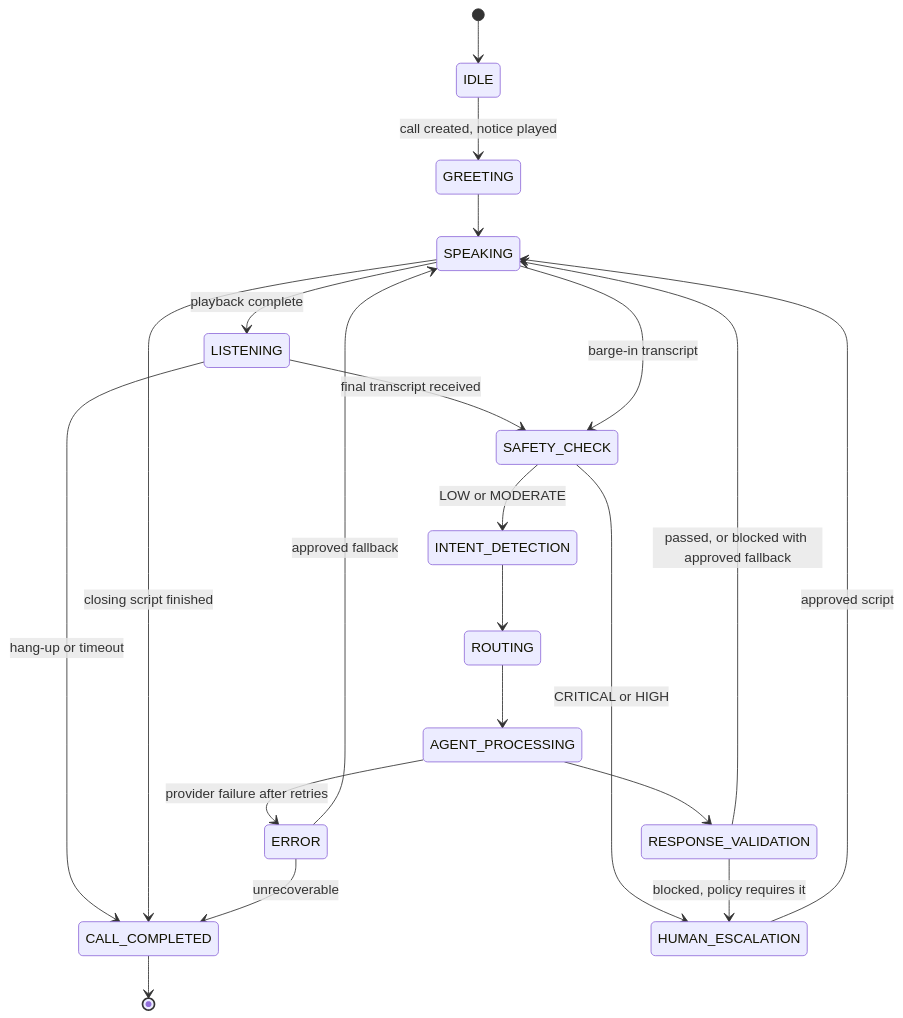
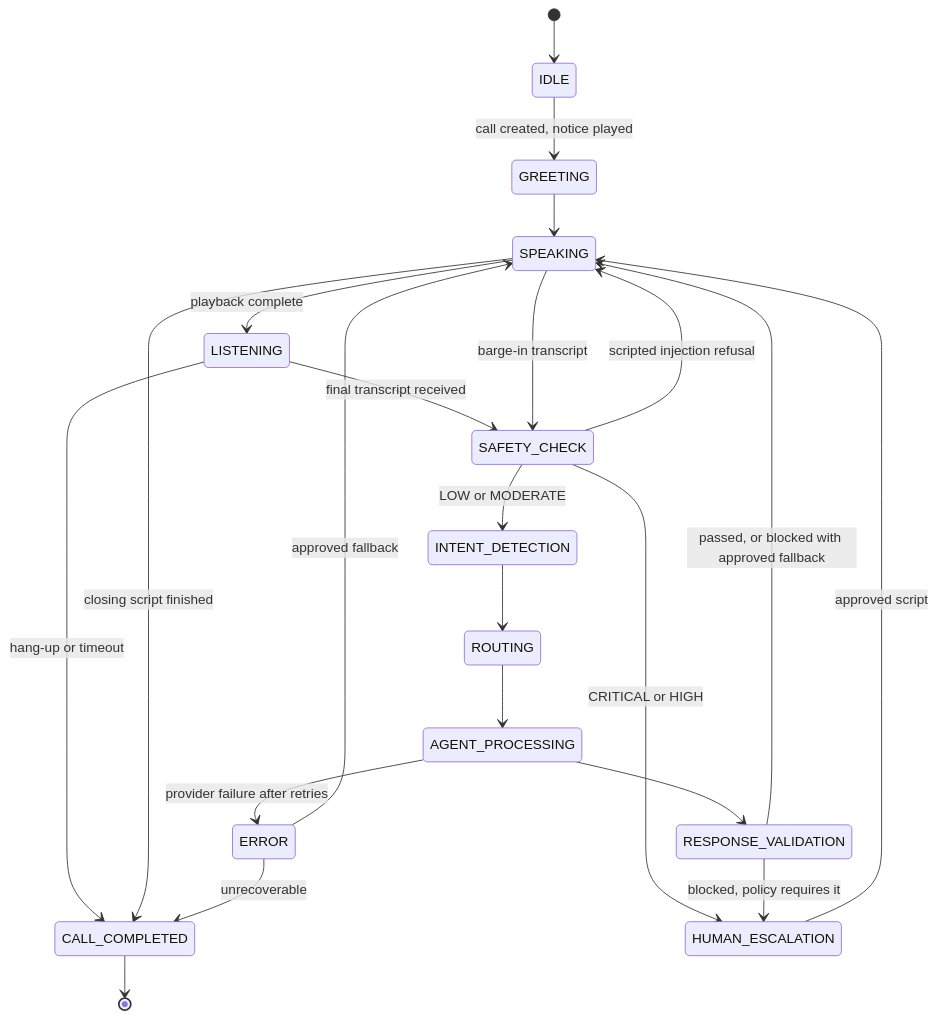
Before and after one commit to 1-apex/conversational-ai-agent: the diagram in docs/diagrams/agent-orchestration.mmd, drawn with Mermaid. The commit also changed 161 other files, not shown here.

```diff
--- a/docs/diagrams/agent-orchestration.mmd
+++ b/docs/diagrams/agent-orchestration.mmd
@@ -1,22 +1,23 @@
-%% STATUS: TARGET (proposed, not implemented)
+%% STATUS: IMPLEMENTED in lib/conversation/state-machine.ts (2026-11-05, branch platform-phases).
 stateDiagram-v2
   [*] --> IDLE
   IDLE --> GREETING: call created, notice played
   GREETING --> SPEAKING
   LISTENING --> SAFETY_CHECK: final transcript received
   LISTENING --> CALL_COMPLETED: hang-up or timeout
   SAFETY_CHECK --> HUMAN_ESCALATION: CRITICAL or HIGH
   SAFETY_CHECK --> INTENT_DETECTION: LOW or MODERATE
+  SAFETY_CHECK --> SPEAKING: scripted injection refusal
   INTENT_DETECTION --> ROUTING
   ROUTING --> AGENT_PROCESSING
   AGENT_PROCESSING --> RESPONSE_VALIDATION
   AGENT_PROCESSING --> ERROR: provider failure after retries
   RESPONSE_VALIDATION --> SPEAKING: passed, or blocked with approved fallback
   RESPONSE_VALIDATION --> HUMAN_ESCALATION: blocked, policy requires it
   SPEAKING --> LISTENING: playback complete
   SPEAKING --> SAFETY_CHECK: barge-in transcript
   SPEAKING --> CALL_COMPLETED: closing script finished
   HUMAN_ESCALATION --> SPEAKING: approved script
   ERROR --> SPEAKING: approved fallback
   ERROR --> CALL_COMPLETED: unrecoverable
   CALL_COMPLETED --> [*]
```
